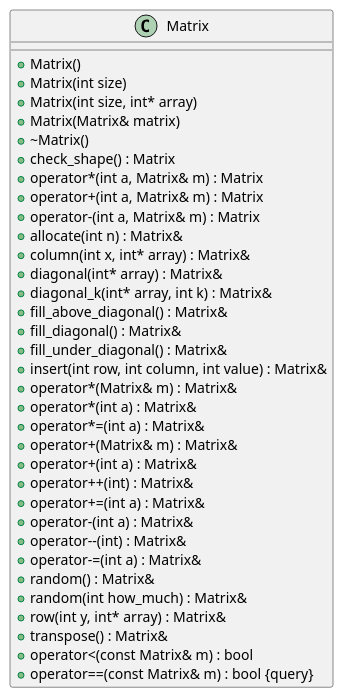
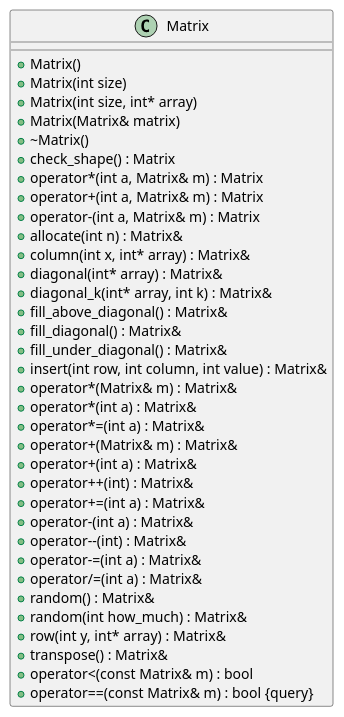
Before and after one commit to MaciejWojs/Matrix: the diagram in inline_umlgraph_pnghtml.pu, drawn with PlantUML. The commit also changed 11 other files, not shown here.

```diff
--- a/inline_umlgraph_pnghtml.pu
+++ b/inline_umlgraph_pnghtml.pu
@@ -1,38 +1,39 @@
 @startuml inline_umlgraph_1.png
 class Matrix {
 +Matrix()
 +Matrix(int size)
 +Matrix(int size, int* array)
 +Matrix(Matrix& matrix)
 +~Matrix()
 +check_shape() : Matrix
 +operator*(int a, Matrix& m) : Matrix
 +operator+(int a, Matrix& m) : Matrix
 +operator-(int a, Matrix& m) : Matrix
 +allocate(int n) : Matrix&
 +column(int x, int* array) : Matrix&
 +diagonal(int* array) : Matrix&
 +diagonal_k(int* array, int k) : Matrix&
 +fill_above_diagonal() : Matrix&
 +fill_diagonal() : Matrix&
 +fill_under_diagonal() : Matrix&
 +insert(int row, int column, int value) : Matrix&
 +operator*(Matrix& m) : Matrix&
 +operator*(int a) : Matrix&
 +operator*=(int a) : Matrix&
 +operator+(Matrix& m) : Matrix&
 +operator+(int a) : Matrix&
 +operator++(int) : Matrix&
 +operator+=(int a) : Matrix&
 +operator-(int a) : Matrix&
 +operator--(int) : Matrix&
 +operator-=(int a) : Matrix&
++operator/=(int a) : Matrix&
 +random() : Matrix&
 +random(int how_much) : Matrix&
 +row(int y, int* array) : Matrix&
 +transpose() : Matrix&
 +operator<(const Matrix& m) : bool
 +operator==(const Matrix& m) : bool {query}
 
 }
 @enduml
```
